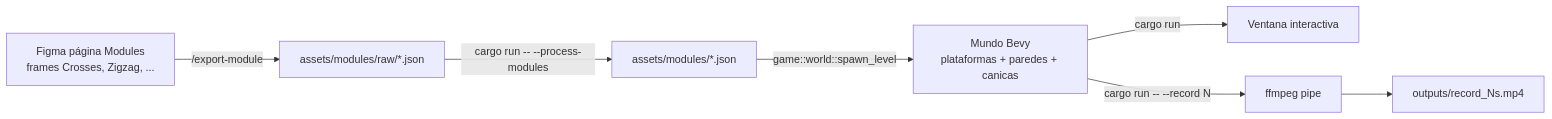
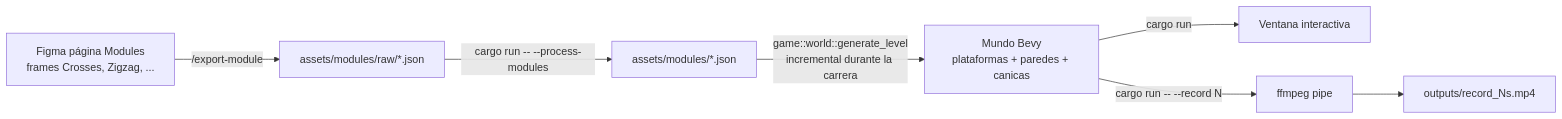
Before and after one commit to jesusgomeznuz/canicasbrawl-rapier: the third of 5 diagrams in docs/flow.md, drawn with Mermaid. The commit also changed other lines of this file and 10 other files, not shown here.

````diff
--- a/docs/flow.md
+++ b/docs/flow.md
@@ -40,9 +45,9 @@
 ```mermaid
 flowchart LR
     Figma[Figma página Modules<br/>frames Crosses, Zigzag, ...] -->|/export-module| Raw[assets/modules/raw/*.json]
     Raw -->|cargo run -- --process-modules| Final[assets/modules/*.json]
-    Final -->|game::world::spawn_level| World[Mundo Bevy<br/>plataformas + paredes + canicas]
+    Final -->|game::world::generate_level<br/>incremental durante la carrera| World[Mundo Bevy<br/>plataformas + paredes + canicas]
     World -->|cargo run| Window[Ventana interactiva]
     World -->|cargo run -- --record N| Pipe[ffmpeg pipe]
     Pipe --> MP4[outputs/record_Ns.mp4]
 ```
````
